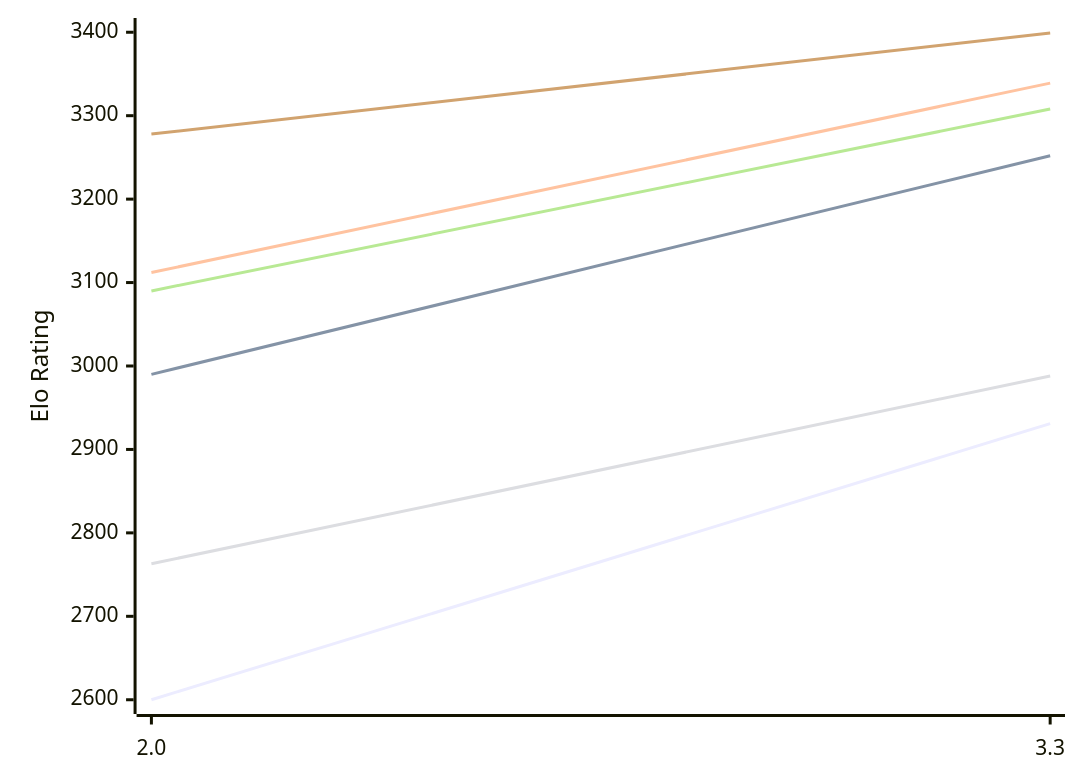
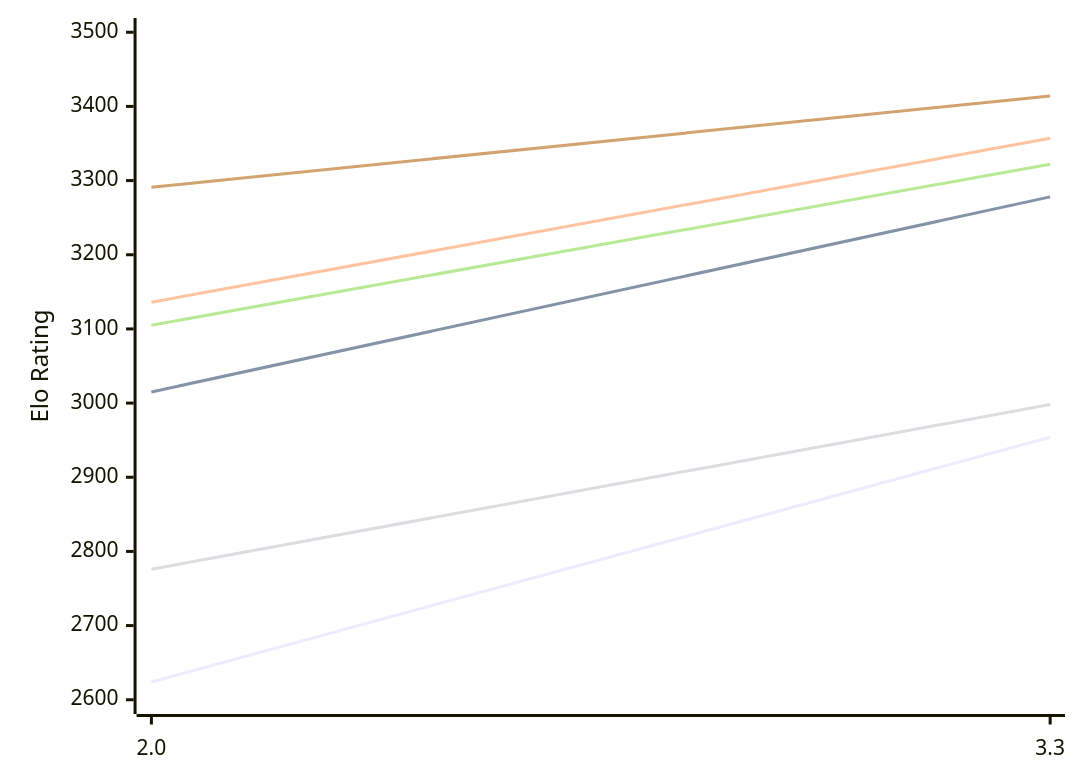
One commit to computer-chess-index/cci changed the first of 2 diagrams in engines/Ceylondemon.md. Above: the diagram before and after it, drawn with Mermaid. The commit also changed other lines of this file, not shown here.

Commit message:
Update CCI Ratings (ELO VLTC) - 2026-10-24

````diff
--- a/engines/Ceylondemon.md
+++ b/engines/Ceylondemon.md
@@ -50,12 +50,12 @@
 ```mermaid
 %%{init: {"theme":"base","themeVariables":{"seriesColors:['#a3a3a3','#222221','#faa371']}}}%%
 xychart-beta
   x-axis ["2.0", "3.3"]
-  y-axis "Elo Rating" 2600 --> 3400
-  line "E1: STC (8.0+0.08s)" [2600, 2931]
-  line "E1: LTC (60.0+0.60s)" [2990, 3252]
-  line "E1: VLTC (2m24s+1.12s)" [3112, 3339]
-  line "P1: STC (8.0+0.08s)" [2763, 2988]
-  line "P1: LTC (60.0+0.60s)" [3090, 3308]
-  line "P1: VLTC (2m24s+1.12s)" [3278, 3399]
+  y-axis "Elo Rating" 2600 --> 3500
+  line "E1: STC (8.0+0.08s)" [2624, 2954]
+  line "E1: LTC (60.0+0.60s)" [3015, 3278]
+  line "E1: VLTC (2m24s+1.12s)" [3136, 3357]
+  line "P1: STC (8.0+0.08s)" [2776, 2998]
+  line "P1: LTC (60.0+0.60s)" [3105, 3322]
+  line "P1: VLTC (2m24s+1.12s)" [3291, 3414]
 ```
````
